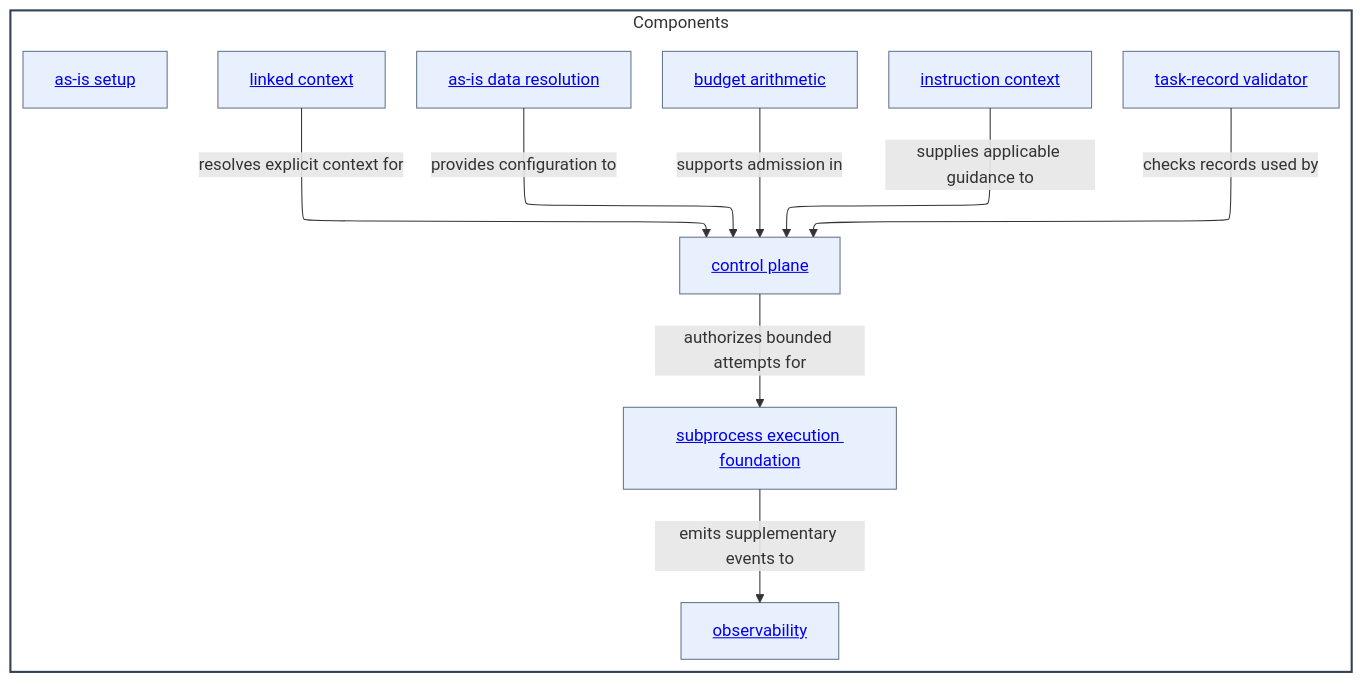
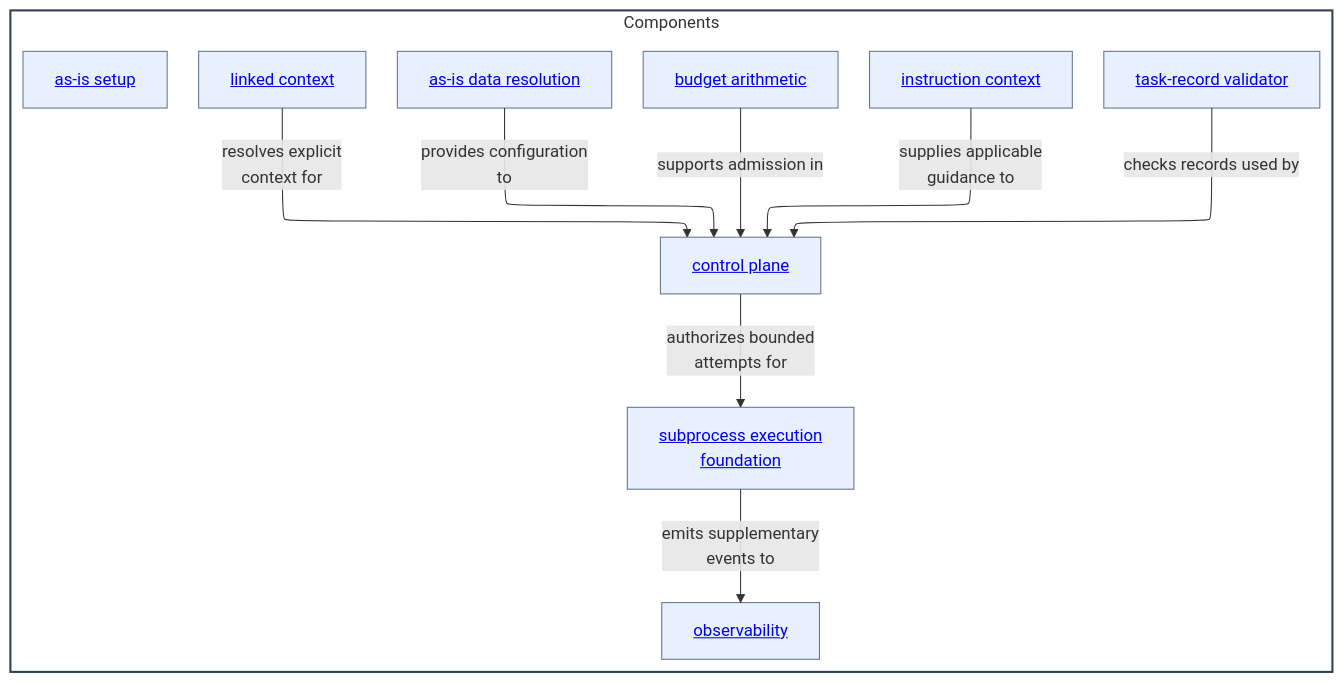
The diagram in components/as-is.md (abstract-business-systems/as-is), drawn with Mermaid before and after one commit. The commit also changed 47 other files, not shown here.

Commit message:
docs(diagrams): improve Mermaid readability validation

````diff
--- a/components/as-is.md
+++ b/components/as-is.md
@@ -30,32 +30,32 @@
 ```mermaid
 ---
 config:
   layout: elk
 ---
 %%{init: {"securityLevel": "loose"}}%%
 flowchart TB
     subgraph Components["Components"]
         direction TB
         Data["<a href='./as-is-data/as-is.md#design'>as-is data resolution</a>"]
         Setup["<a href='./as-is-setup/as-is.md#design'>as-is setup</a>"]
         Budget["<a href='./budget-control/as-is.md#design'>budget arithmetic</a>"]
         Instructions["<a href='./instruction-context/as-is.md#design'>instruction context</a>"]
         Linked["<a href='./linked-context/as-is.md#design'>linked context</a>"]
         Validator["<a href='./task-record-validator/as-is.md#design'>task-record validator</a>"]
         Control["<a href='./control-plane/as-is.md#design'>control plane</a>"]
-        Subprocess["<a href='./subprocess-execution-foundation/as-is.md#design'>subprocess execution foundation</a>"]
+        Subprocess["<a href='./subprocess-execution-foundation/as-is.md#design'>subprocess execution<br/>foundation</a>"]
         Observability["<a href='./observability/as-is.md#design'>observability</a>"]
 
-        Data -->|provides configuration to| Control
+        Data -->|provides configuration<br/>to| Control
         Budget -->|supports admission in| Control
-        Instructions -->|supplies applicable guidance to| Control
-        Control -->|authorizes bounded attempts for| Subprocess
-        Subprocess -->|emits supplementary events to| Observability
+        Instructions -->|supplies applicable<br/>guidance to| Control
+        Control -->|authorizes bounded<br/>attempts for| Subprocess
+        Subprocess -->|emits supplementary<br/>events to| Observability
         Validator -->|checks records used by| Control
-        Linked -->|resolves explicit context for| Control
+        Linked -->|resolves explicit<br/>context for| Control
     end
     classDef component fill:#f8fafc,fill-opacity:0.1,stroke:#334155,stroke-width:2px
     classDef child fill:#2563eb,fill-opacity:0.1,stroke:#64748b,stroke-width:1px
     class Components component
     class Data,Setup,Budget,Control,Instructions,Linked,Observability,Subprocess,Validator child
 ```
````
